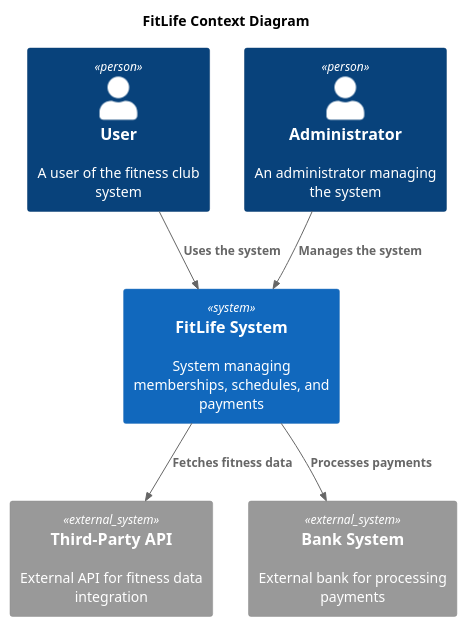
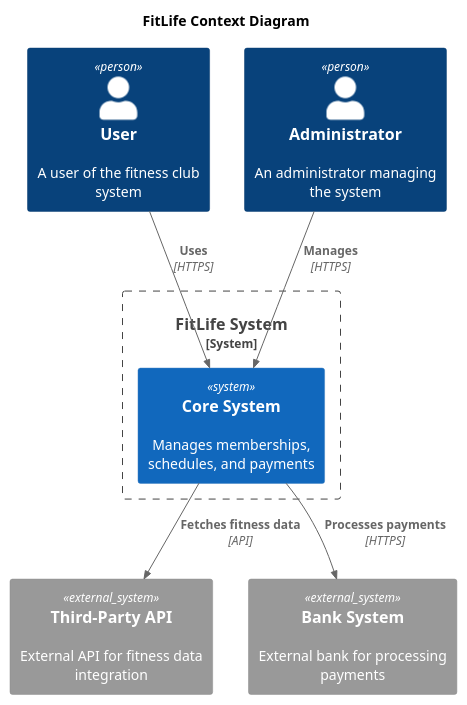
The diagram in diagrams/context/FitLife_Context.puml (IvlevGreg/QuickDelivery), drawn with PlantUML before and after one commit.

```diff
--- a/diagrams/context/FitLife_Context.puml
+++ b/diagrams/context/FitLife_Context.puml
@@ -1,20 +1,22 @@
 @startuml
 title FitLife Context Diagram
 
+!include https://raw.githubusercontent.com/plantuml-stdlib/C4-PlantUML/master/C4_Context.puml
+
 top to bottom direction
-
-!includeurl https://raw.githubusercontent.com/RicardoNiepel/C4-PlantUML/master/C4_Component.puml
 
 Person(user, "User", "A user of the fitness club system")
 Person(admin, "Administrator", "An administrator managing the system")
-System(FitLifeSystem, "FitLife System", "System managing memberships, schedules, and payments")
+System_Boundary(FitLifeSystem, "FitLife System") {
+    System(fitlife_core, "Core System", "Manages memberships, schedules, and payments")
+}
 
 System_Ext(api, "Third-Party API", "External API for fitness data integration")
 System_Ext(bank, "Bank System", "External bank for processing payments")
 
-Rel(user, FitLifeSystem, "Uses the system")
-Rel(admin,FitLifeSystem,"Manages the system")
-Rel(FitLifeSystem,api,"Fetches fitness data")
-Rel(FitLifeSystem,bank,"Processes payments")
+Rel(user, fitlife_core, "Uses", "HTTPS")
+Rel(admin, fitlife_core, "Manages", "HTTPS")
+Rel(fitlife_core, api, "Fetches fitness data", "API")
+Rel(fitlife_core, bank, "Processes payments", "HTTPS")
 
 @enduml
```
